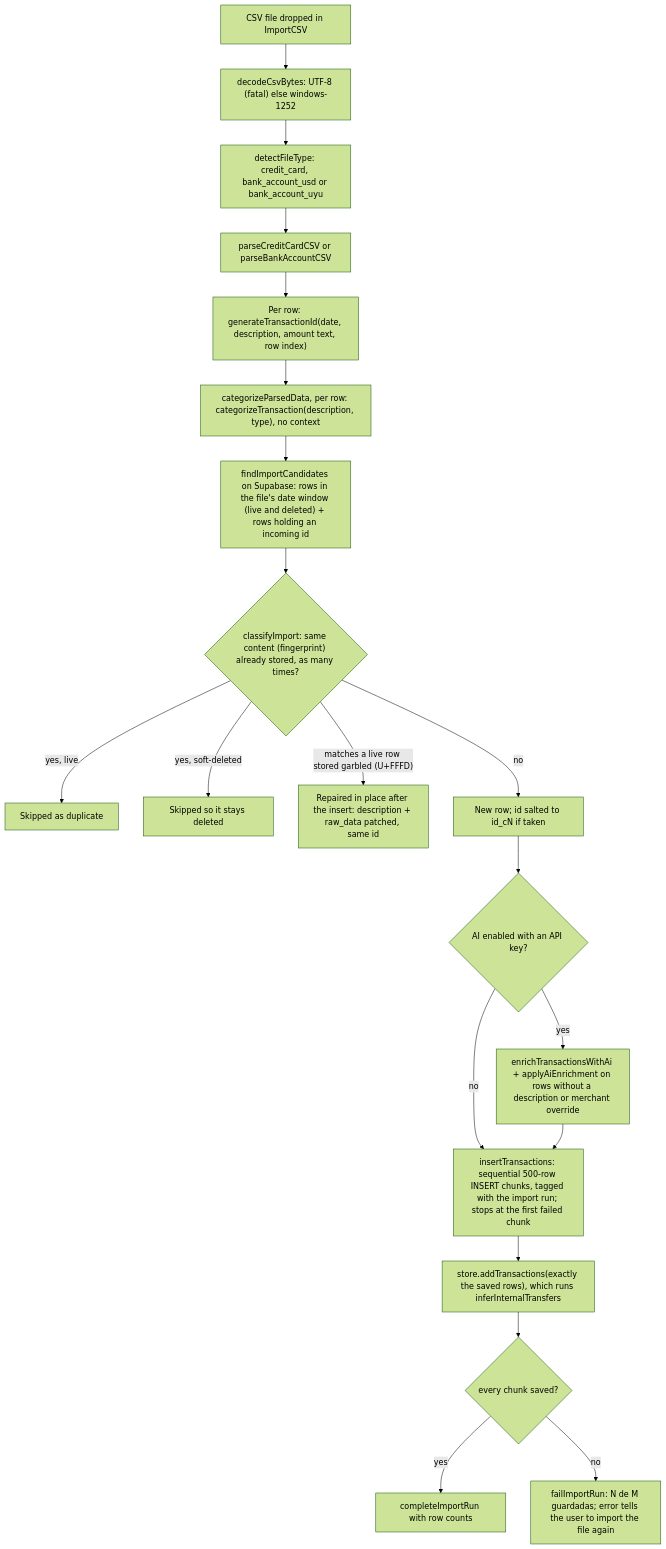
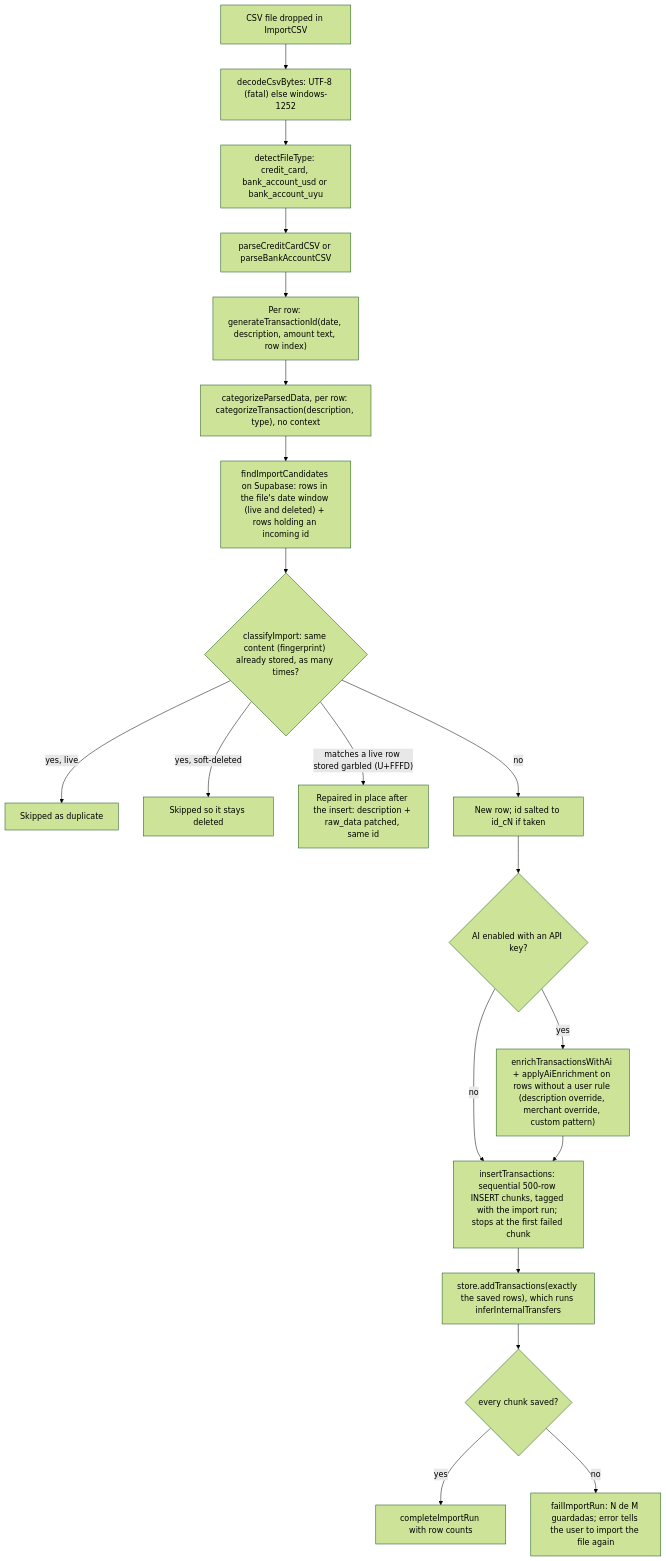
One commit to eltaiguer/tatu changed the first of 3 diagrams in docs/architecture.md. Above: the diagram before and after it, drawn with Mermaid (forest theme). The commit also changed other lines of this file and 3 other files, not shown here.

````diff
--- a/docs/architecture.md
+++ b/docs/architecture.md
@@ -34,22 +34,22 @@
 ```mermaid
 flowchart TD
     A["CSV file dropped in ImportCSV"] --> A2["decodeCsvBytes: UTF-8 (fatal) else windows-1252"]
     A2 --> B["detectFileType: credit_card, bank_account_usd or bank_account_uyu"]
     B --> C["parseCreditCardCSV or parseBankAccountCSV"]
     C --> E["Per row: generateTransactionId(date, description, amount text, row index)"]
     E --> D["categorizeParsedData, per row: categorizeTransaction(description, type), no context"]
     D --> F["findImportCandidates on Supabase: rows in the file's date window (live and deleted) + rows holding an incoming id"]
     F --> G{"classifyImport: same content (fingerprint) already stored, as many times?"}
     G -- "yes, live" --> H["Skipped as duplicate"]
     G -- "yes, soft-deleted" --> I["Skipped so it stays deleted"]
     G -- "matches a live row stored garbled (U+FFFD)" --> R["Repaired in place after the insert: description + raw_data patched, same id"]
     G -- "no" --> S["New row; id salted to id_cN if taken"]
     S --> J{"AI enabled with an API key?"}
-    J -- "yes" --> K["enrichTransactionsWithAi + applyAiEnrichment on rows without a description or merchant override"]
+    J -- "yes" --> K["enrichTransactionsWithAi + applyAiEnrichment on rows without a user rule (description override, merchant override, custom pattern)"]
     J -- "no" --> L["insertTransactions: sequential 500-row INSERT chunks, tagged with the import run; stops at the first failed chunk"]
     K --> L
     L --> M["store.addTransactions(exactly the saved rows), which runs inferInternalTransfers"]
     M --> N{"every chunk saved?"}
     N -- "yes" --> O["completeImportRun with row counts"]
     N -- "no" --> P["failImportRun: N de M guardadas; error tells the user to import the file again"]
 ```
````
